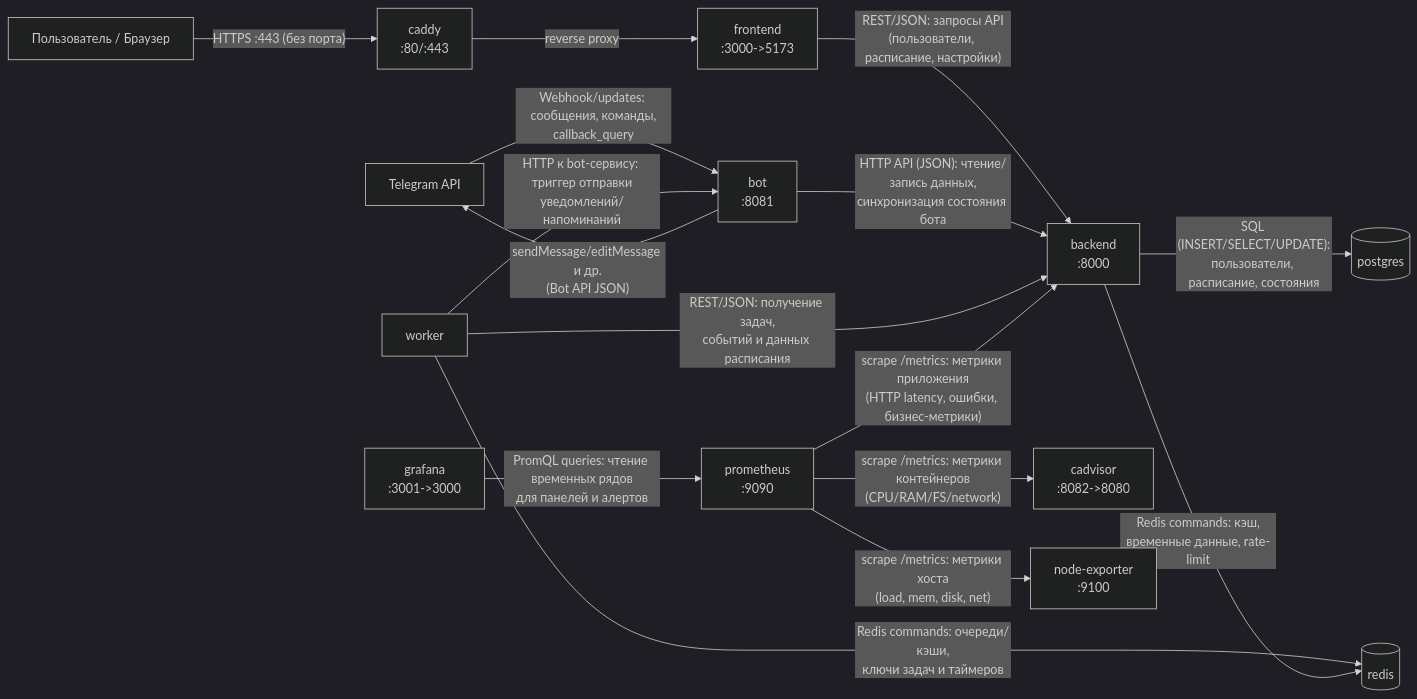
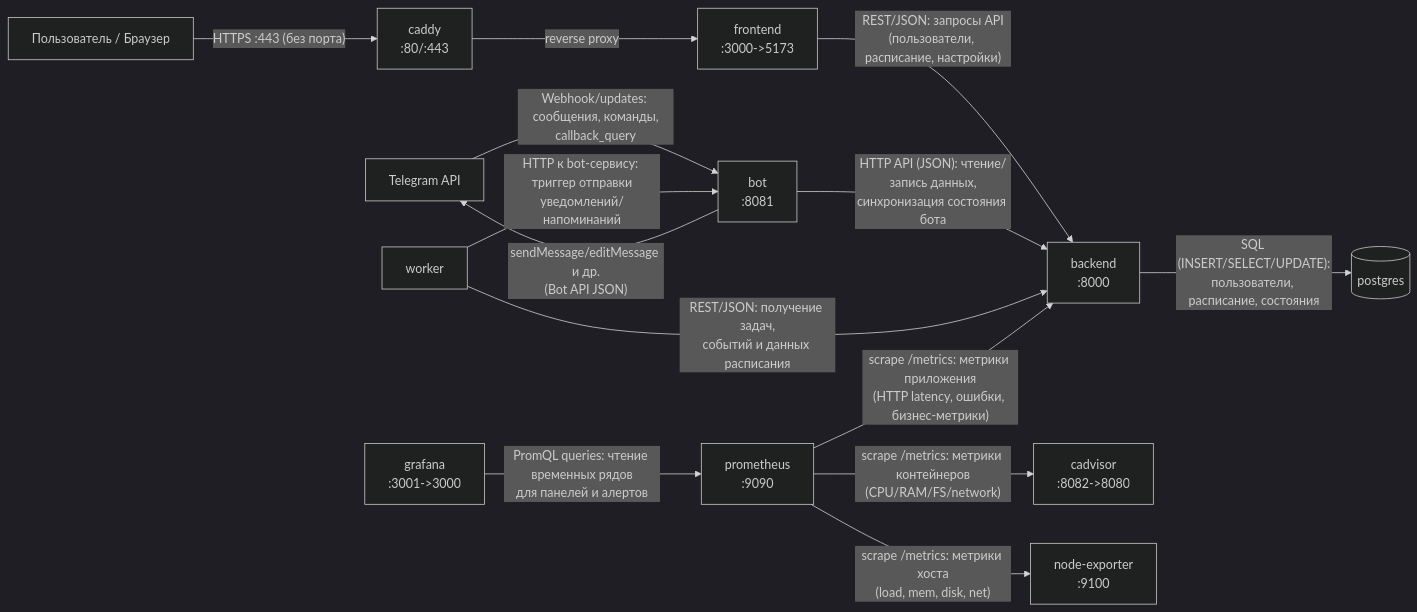
One commit to Dizel69/University_Telegram_Sheduler changed the diagram in README.md. Above: the diagram before and after it, drawn with Mermaid (dark theme). The commit also changed other lines of this file and 5 other files, not shown here.

````diff
--- a/README.md
+++ b/README.md
@@ -249,47 +248,44 @@
 ```mermaid
 flowchart LR
     %% Внешние акторы
     U[Пользователь / Браузер]
     TG[Telegram API]
 
     %% Контейнеры приложения
     CADDY["caddy\n:80/:443"]
     FE["frontend\n:3000->5173"]
     BE["backend\n:8000"]
     BOT["bot\n:8081"]
     WRK[worker]
     PG[(postgres)]
-    RD[(redis)]
 
     %% Мониторинг
     PR["prometheus\n:9090"]
     GF["grafana\n:3001->3000"]
     CAD["cadvisor\n:8082->8080"]
     NE["node-exporter\n:9100"]
 
     %% Пользовательские потоки
     U -->|"HTTPS :443 (без порта)"| CADDY
     CADDY -->|reverse proxy| FE
     FE -->|"REST/JSON: запросы API\n(пользователи, расписание, настройки)"| BE
 
     %% Telegram-потоки
     TG -->|"Webhook/updates: сообщения, команды,\ncallback_query"| BOT
     BOT -->|"HTTP API (JSON): чтение/запись данных,\nсинхронизация состояния бота"| BE
     BOT -->|"sendMessage/editMessage и др.\n(Bot API JSON)"| TG
 
     %% Worker-потоки
     WRK -->|"REST/JSON: получение задач,\nсобытий и данных расписания"| BE
-    WRK -->|"Redis commands: очереди/кэши,\nключи задач и таймеров"| RD
     WRK -->|"HTTP к bot-сервису: триггер отправки\nуведомлений/напоминаний"| BOT
 
     %% Backend-хранилища
     BE -->|"SQL (INSERT/SELECT/UPDATE):\nпользователи, расписание, состояния"| PG
-    BE -->|"Redis commands: кэш,\nвременные данные, rate-limit"| RD
 
     %% Метрики и дашборды
     PR -->|"scrape /metrics: метрики приложения\n(HTTP latency, ошибки, бизнес-метрики)"| BE
     PR -->|"scrape /metrics: метрики контейнеров\n(CPU/RAM/FS/network)"| CAD
     PR -->|"scrape /metrics: метрики хоста\n(load, mem, disk, net)"| NE
     GF -->|"PromQL queries: чтение временных рядов\nдля панелей и алертов"| PR
 
 ```
````
